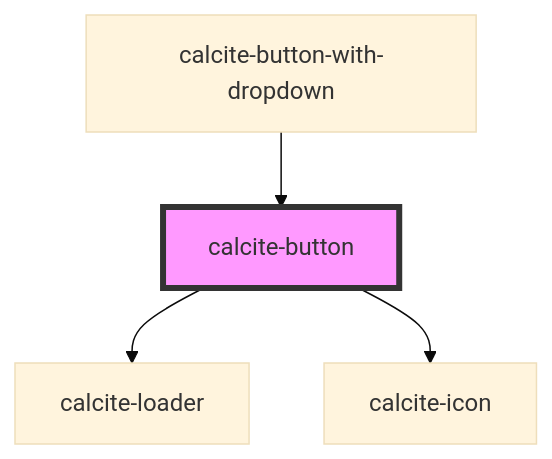
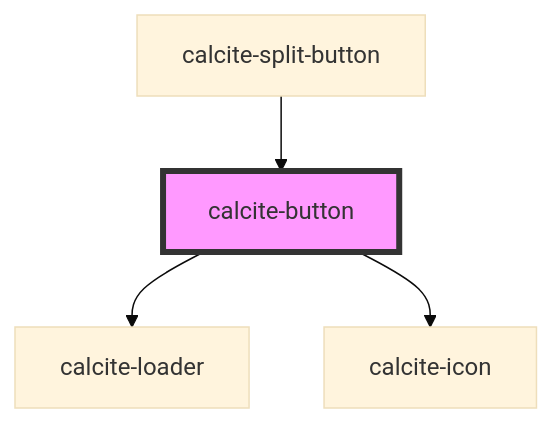
One commit to vikivakarvc/calcite-design-system changed the diagram in src/components/calcite-button/readme.md. Above: the diagram before and after it, drawn with Mermaid (base theme). The commit also changed other lines of this file and 8 other files, not shown here.

Commit message:
Rename component to calcite-split-button

````diff
--- a/src/components/calcite-button/readme.md
+++ b/src/components/calcite-button/readme.md
@@ -53,7 +53,7 @@
 ```mermaid
 graph TD;
   calcite-button --> calcite-loader
   calcite-button --> calcite-icon
-  calcite-button-with-dropdown --> calcite-button
+  calcite-split-button --> calcite-button
   style calcite-button fill:#f9f,stroke:#333,stroke-width:4px
 ```
````
